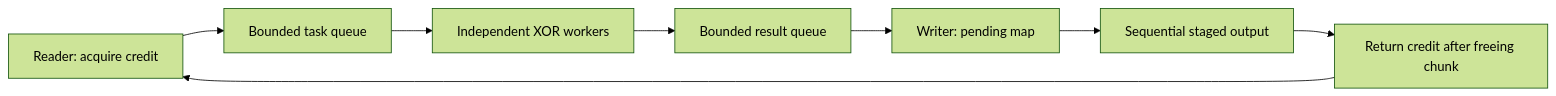
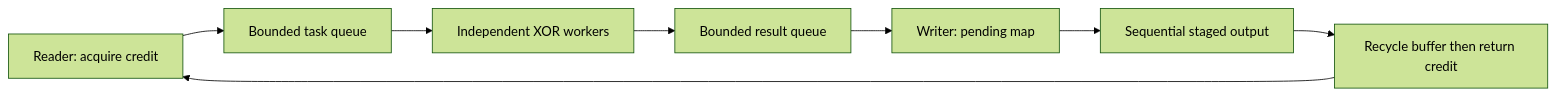
One commit to DenishShiroya22/filecrypt changed the diagram in docs/architecture.md. Above: the diagram before and after it, drawn with Mermaid (forest theme). The commit also changed other lines of this file and 13 other files, not shown here.

````diff
--- a/docs/architecture.md
+++ b/docs/architecture.md
@@ -5,10 +5,10 @@
 ```mermaid
 flowchart LR
     R[Reader: acquire credit] --> T[Bounded task queue]
     T --> W[Independent XOR workers]
     W --> Q[Bounded result queue]
     Q --> B[Writer: pending map]
     B --> O[Sequential staged output]
-    O --> C[Return credit after freeing chunk]
+    O --> C[Recycle buffer then return credit]
     C --> R
 ```
````
